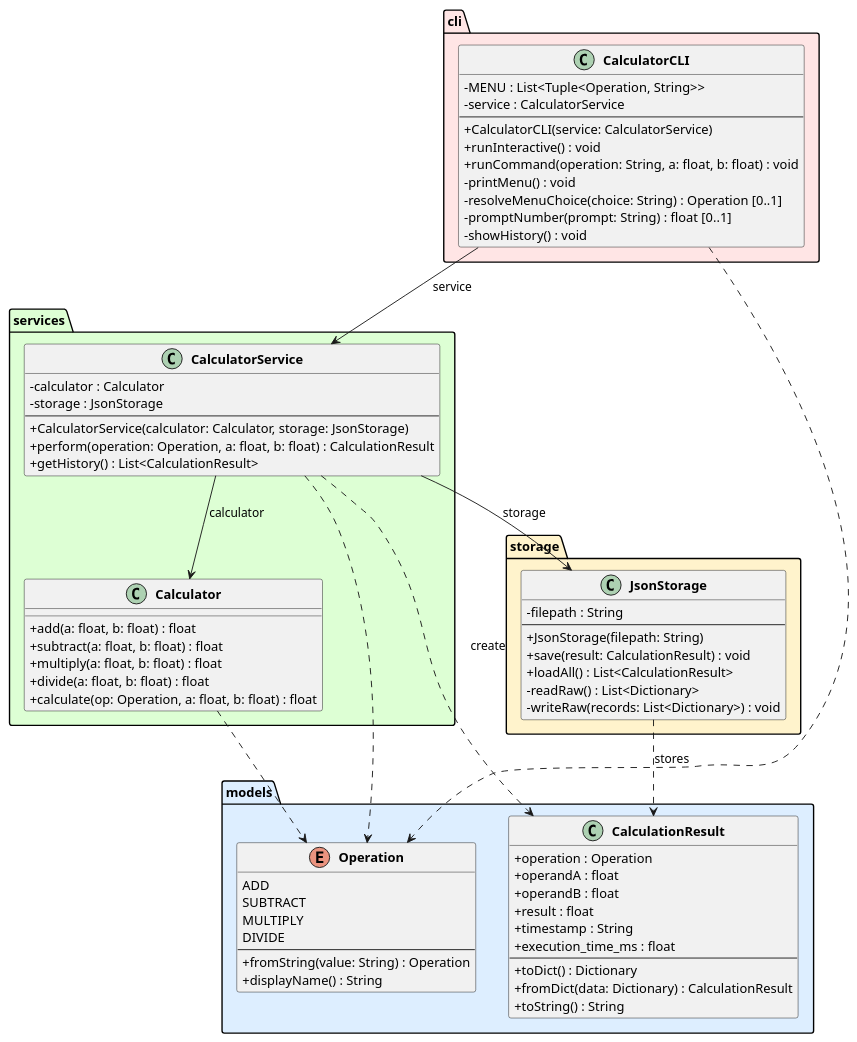
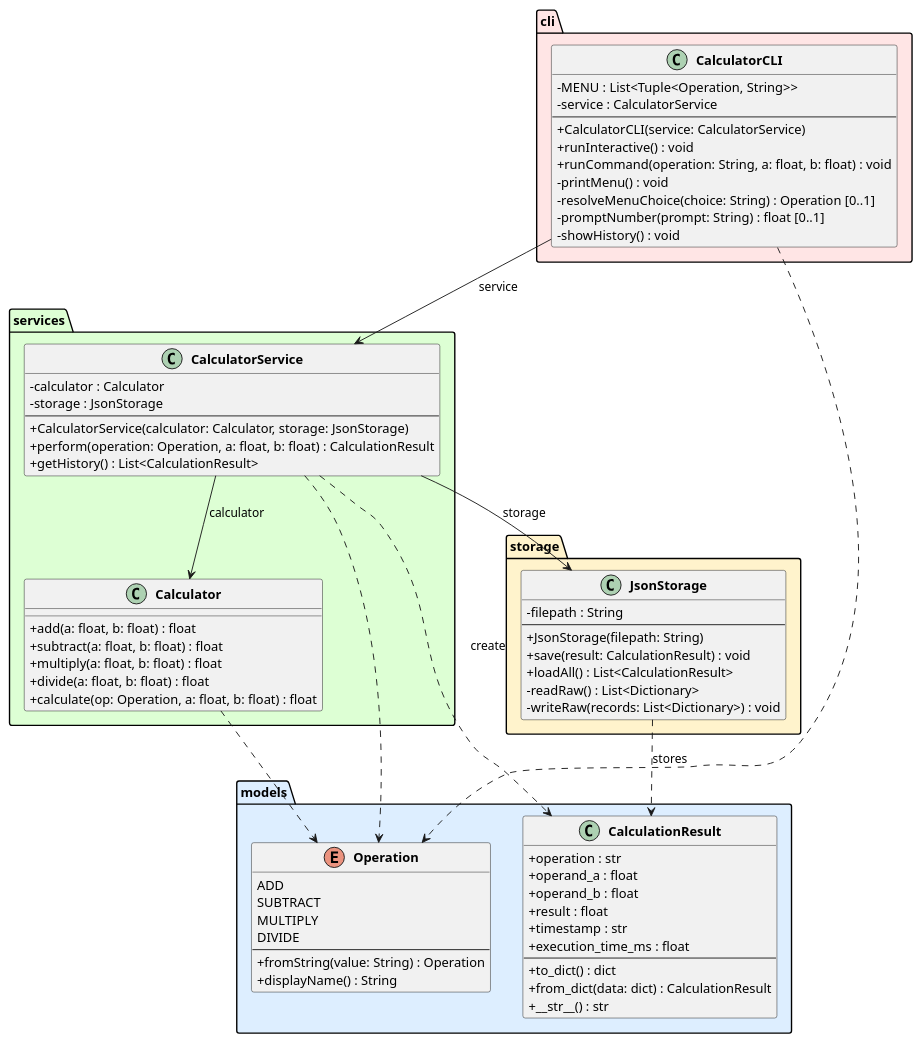
Before and after one commit to DanielRiha8906/Software_autoevolution_using_agents: the diagram in experiments/broadcast/user_stories/calculator/artifacts/class_diagram.puml, drawn with PlantUML.

Commit message:
Update class diagram with proper Python naming conventions
- Use snake_case for attributes and methods to match implementation
- Use Python type annotations (str, dict, float) instead of pseudotypes
- Verify execution_time_ms field is correctly represented

```diff
--- a/experiments/broadcast/user_stories/calculator/artifacts/class_diagram.puml
+++ b/experiments/broadcast/user_stories/calculator/artifacts/class_diagram.puml
@@ -1,87 +1,87 @@
 @startuml class_diagram
 
 skinparam classAttributeIconSize 0
 skinparam classFontStyle bold
 
 package "models" #DDEEFF {
     enum Operation {
         ADD
         SUBTRACT
         MULTIPLY
         DIVIDE
         --
         +fromString(value: String) : Operation
         +displayName() : String
     }
 
     class CalculationResult {
-        +operation : Operation
-        +operandA : float
-        +operandB : float
+        +operation : str
+        +operand_a : float
+        +operand_b : float
         +result : float
-        +timestamp : String
+        +timestamp : str
         +execution_time_ms : float
         --
-        +toDict() : Dictionary
-        +fromDict(data: Dictionary) : CalculationResult
-        +toString() : String
+        +to_dict() : dict
+        +from_dict(data: dict) : CalculationResult
+        +__str__() : str
     }
 }
 
 package "services" #DDFFD4 {
     class Calculator {
         +add(a: float, b: float) : float
         +subtract(a: float, b: float) : float
         +multiply(a: float, b: float) : float
         +divide(a: float, b: float) : float
         +calculate(op: Operation, a: float, b: float) : float
     }
 
     class CalculatorService {
         -calculator : Calculator
         -storage : JsonStorage
         --
         +CalculatorService(calculator: Calculator, storage: JsonStorage)
         +perform(operation: Operation, a: float, b: float) : CalculationResult
         +getHistory() : List<CalculationResult>
     }
 }
 
 package "storage" #FFF3CC {
     class JsonStorage {
         -filepath : String
         --
         +JsonStorage(filepath: String)
         +save(result: CalculationResult) : void
         +loadAll() : List<CalculationResult>
         -readRaw() : List<Dictionary>
         -writeRaw(records: List<Dictionary>) : void
     }
 }
 
 package "cli" #FFE5E5 {
     class CalculatorCLI {
         -MENU : List<Tuple<Operation, String>>
         -service : CalculatorService
         --
         +CalculatorCLI(service: CalculatorService)
         +runInteractive() : void
         +runCommand(operation: String, a: float, b: float) : void
         -printMenu() : void
         -resolveMenuChoice(choice: String) : Operation [0..1]
         -promptNumber(prompt: String) : float [0..1]
         -showHistory() : void
     }
 }
 
 CalculatorCLI --> CalculatorService : service
 CalculatorService --> Calculator : calculator
 CalculatorService --> JsonStorage : storage
 
 CalculatorService ..> CalculationResult : create
 CalculatorService ..> Operation
 CalculatorCLI ..> Operation
 Calculator ..> Operation
 JsonStorage ..> CalculationResult : stores
 
 @enduml
```
